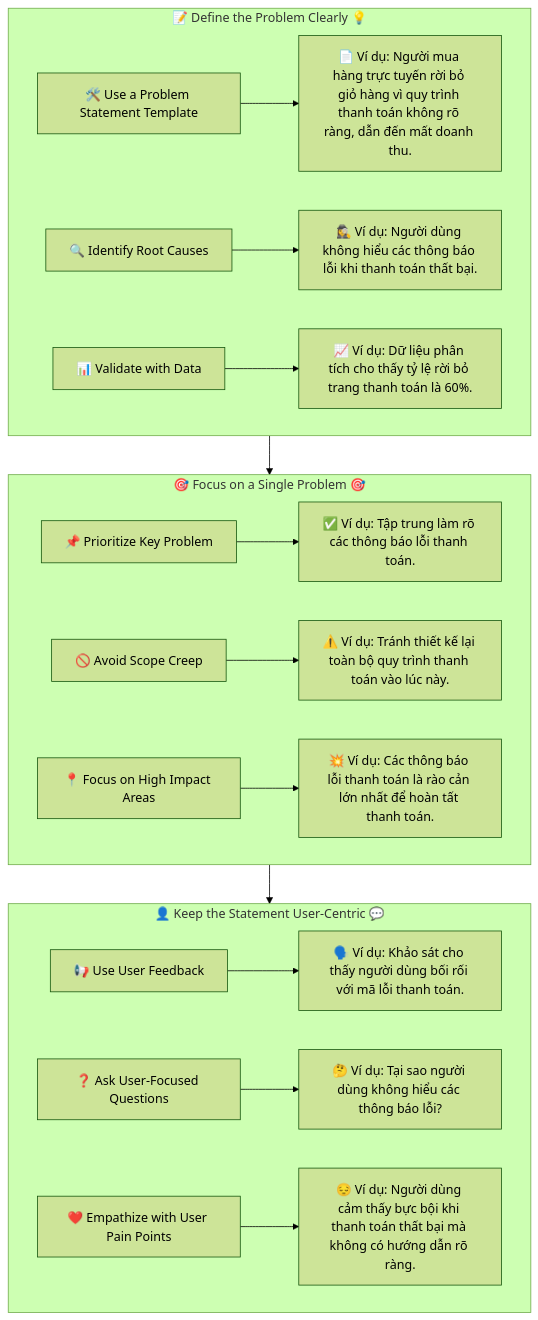
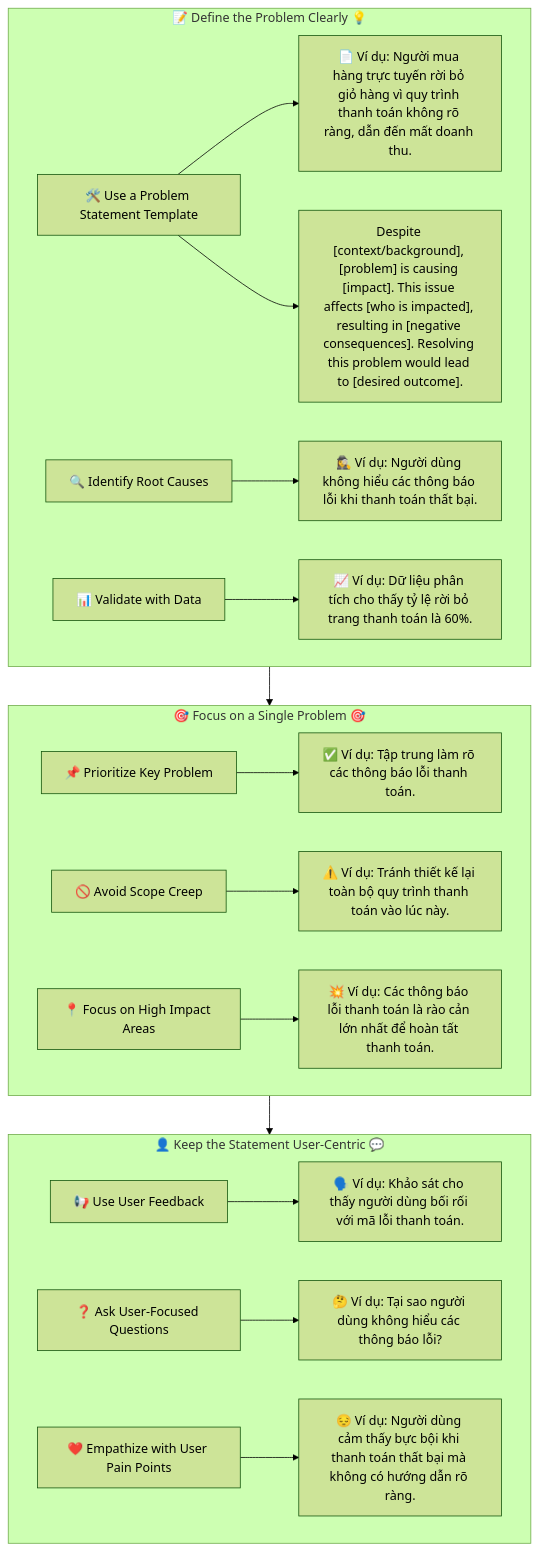
Before and after one commit to qtvhao/quickcurl: the diagram in docs/designsprintkit/phases/01-Understand/02-Understand-the-Problem/02-Problem-Framing.mmd, drawn with Mermaid (forest theme). The commit also changed 1 other file, not shown here.

Commit message:
Add example problem statement template to problem framing flowchart

```diff
--- a/docs/designsprintkit/phases/01-Understand/02-Understand-the-Problem/02-Problem-Framing.mmd
+++ b/docs/designsprintkit/phases/01-Understand/02-Understand-the-Problem/02-Problem-Framing.mmd
@@ -1,24 +1,25 @@
 flowchart TD
     %% Define the Problem Clearly
     subgraph A1[📝 Define the Problem Clearly 💡]
         B1[🛠️ Use a Problem Statement Template] --> E1["📄 Ví dụ: Người mua hàng trực tuyến rời bỏ giỏ hàng vì quy trình thanh toán không rõ ràng, dẫn đến mất doanh thu."]
+        B1[🛠️ Use a Problem Statement Template] --> E4["Despite [context/background], [problem] is causing [impact]. This issue affects [who is impacted], resulting in [negative consequences]. Resolving this problem would lead to [desired outcome]."]
         B2[🔍 Identify Root Causes] --> E2["🕵️‍♀️ Ví dụ: Người dùng không hiểu các thông báo lỗi khi thanh toán thất bại."]
         B3[📊 Validate with Data] --> E3["📈 Ví dụ: Dữ liệu phân tích cho thấy tỷ lệ rời bỏ trang thanh toán là 60%."]
     end
 
     %% Focus on a Single Problem
     subgraph A2[🎯 Focus on a Single Problem 🎯]
         C1[📌 Prioritize Key Problem] --> F1["✅ Ví dụ: Tập trung làm rõ các thông báo lỗi thanh toán."]
         C2[🚫 Avoid Scope Creep] --> F2["⚠️ Ví dụ: Tránh thiết kế lại toàn bộ quy trình thanh toán vào lúc này."]
         C3[📍 Focus on High Impact Areas] --> F3["💥 Ví dụ: Các thông báo lỗi thanh toán là rào cản lớn nhất để hoàn tất thanh toán."]
     end
 
     %% Keep the Statement User-Centric
     subgraph A3[👤 Keep the Statement User-Centric 💬]
         D1[📢 Use User Feedback] --> G1["🗣️ Ví dụ: Khảo sát cho thấy người dùng bối rối với mã lỗi thanh toán."]
         D2[❓ Ask User-Focused Questions] --> G2["🤔 Ví dụ: Tại sao người dùng không hiểu các thông báo lỗi?"]
         D3[❤️ Empathize with User Pain Points] --> G3["😔 Ví dụ: Người dùng cảm thấy bực bội khi thanh toán thất bại mà không có hướng dẫn rõ ràng."]
     end
 
     %% Connect Subgraphs in Order
     A1 --> A2 --> A3
```
